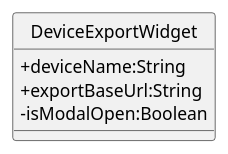
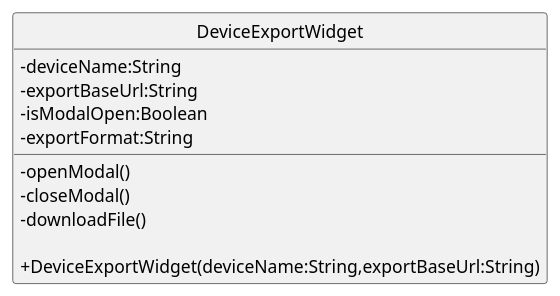
One commit to GroupRubberDuck/Documentazione changed the diagram in src/PB/DocumentazioneEsterna/Specifica_Tecnica/content/05-diagrammi-classi/uml/puml/Frontend/widget/DeviceExportWidget.puml. Above: the diagram before and after it, drawn with PlantUML. The commit also changed 45 other files, not shown here.

```diff
--- a/src/PB/DocumentazioneEsterna/Specifica_Tecnica/content/05-diagrammi-classi/uml/puml/Frontend/widget/DeviceExportWidget.puml
+++ b/src/PB/DocumentazioneEsterna/Specifica_Tecnica/content/05-diagrammi-classi/uml/puml/Frontend/widget/DeviceExportWidget.puml
@@ -1,16 +1,24 @@
 @startuml
 skinparam linetype ortho
 skinparam nodesep 80
 skinparam ranksep 100
 skinparam classAttributeIconSize 0
 skinparam packageStyle rectangle
 skinparam style strictuml
 
 class DeviceExportWidget{
-        + deviceName:String
-        + exportBaseUrl:String
+        - deviceName:String
+        - exportBaseUrl:String
         -isModalOpen:Boolean
+        -exportFormat:String
+
+        -openModal()
+        -closeModal()
+        -downloadFile()
+
+        + DeviceExportWidget(deviceName:String,exportBaseUrl:String)
+
 } 
 
 
 @enduml
```
